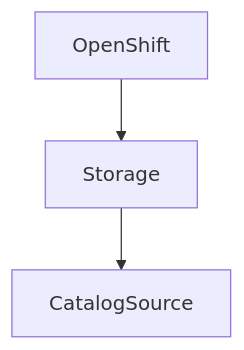
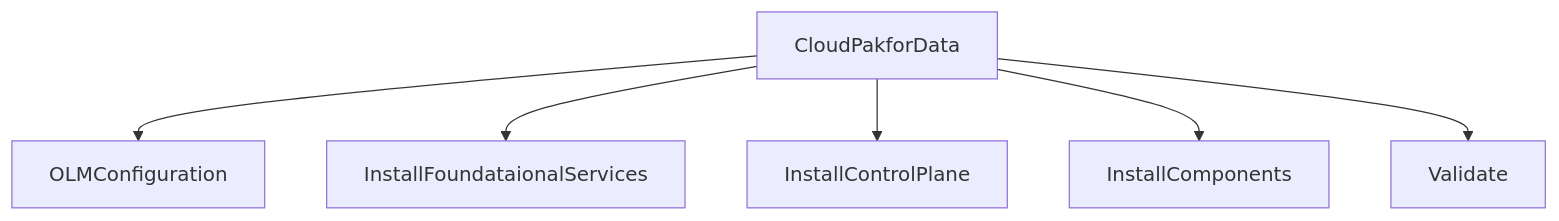
Before and after one commit to ekambaraml/IBM-Cloud-Pak-for-Data: the second of 3 diagrams in cpd45-deployment.md, drawn with Mermaid. The commit also changed other lines of this file and 7 other files, not shown here.

````diff
--- a/cpd45-deployment.md
+++ b/cpd45-deployment.md
@@ -20,6 +42,8 @@
 ```mermaid
 graph TD;
-    OpenShift --> Storage
-    Storage --> CatalogSource
-    
+    CloudPakforData -->OLMConfiguration
+    CloudPakforData -->InstallFoundataionalServices
+    CloudPakforData -->InstallControlPlane
+    CloudPakforData -->InstallComponents
+    CloudPakforData -->Validate
 ```
````
